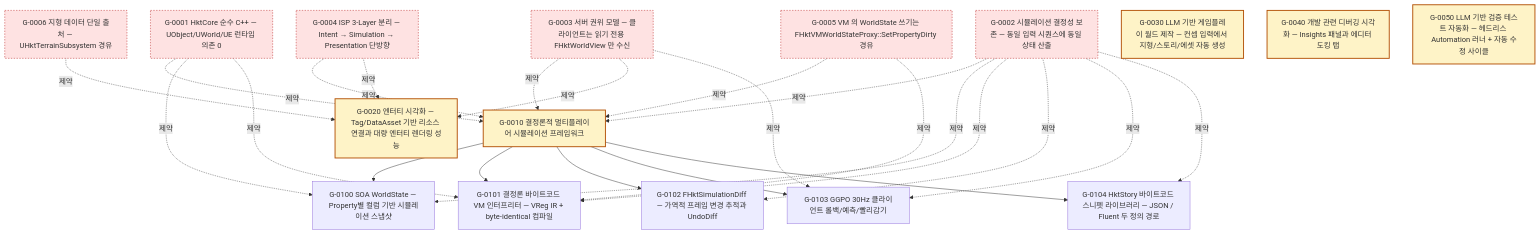
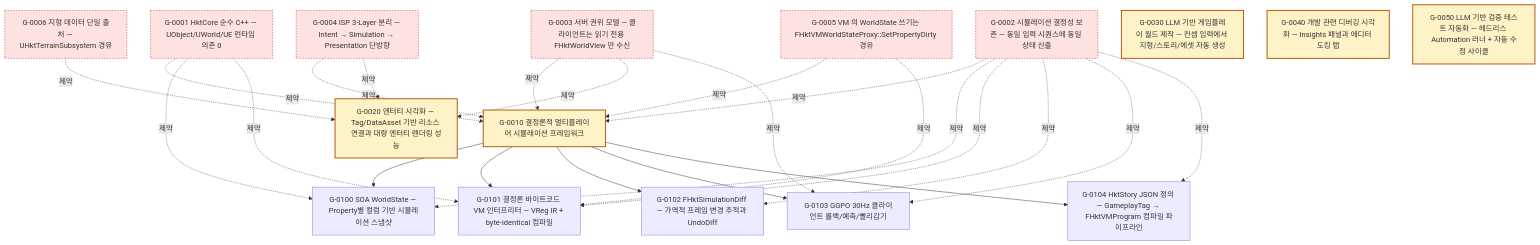
One commit to dkwkekzz/HktFramework changed the diagram in Docs/goals/graph.mmd. Above: the diagram before and after it, drawn with Mermaid. The commit also changed 3 other files, not shown here.

```diff
--- a/Docs/goals/graph.mmd
+++ b/Docs/goals/graph.mmd
@@ -1,42 +1,42 @@
-%% 자동 생성 — 직접 수정 금지. Last generated: 2026-05-06T05:43:20+00:00
+%% 자동 생성 — 직접 수정 금지. Last generated: 2026-05-06T06:36:47+00:00
 graph TD
   G0001["G-0001 HktCore 순수 C++ — UObject/UWorld/UE 런타임 의존 0"]:::constraint
   G0002["G-0002 시뮬레이션 결정성 보존 — 동일 입력 시퀀스에 동일 상태 산출"]:::constraint
   G0003["G-0003 서버 권위 모델 — 클라이언트는 읽기 전용 FHktWorldView 만 수신"]:::constraint
   G0004["G-0004 ISP 3-Layer 분리 — Intent → Simulation → Presentation 단방향"]:::constraint
   G0005["G-0005 VM 의 WorldState 쓰기는 FHktVMWorldStateProxy::SetPropertyDirty 경유"]:::constraint
   G0006["G-0006 지형 데이터 단일 출처 — UHktTerrainSubsystem 경유"]:::constraint
   G0010["G-0010 결정론적 멀티플레이어 시뮬레이션 프레임워크"]:::pillar
   G0020["G-0020 엔터티 시각화 — Tag/DataAsset 기반 리소스 연결과 대량 엔터티 렌더링 성능"]:::pillar
   G0030["G-0030 LLM 기반 게임플레이 월드 제작 — 컨셉 입력에서 지형/스토리/에셋 자동 생성"]:::pillar
   G0040["G-0040 개발 관련 디버깅 시각화 — Insights 패널과 에디터 도킹 탭"]:::pillar
   G0050["G-0050 LLM 기반 검증 테스트 자동화 — 헤드리스 Automation 러너 + 자동 수정 사이클"]:::pillar
   G0100["G-0100 SOA WorldState — Property별 컬럼 기반 시뮬레이션 스냅샷"]
   G0101["G-0101 결정론 바이트코드 VM 인터프리터 — VReg IR + byte-identical 컴파일"]
   G0102["G-0102 FHktSimulationDiff — 가역적 프레임 변경 추적과 UndoDiff"]
   G0103["G-0103 GGPO 30Hz 클라이언트 롤백/예측/빨리감기"]
-  G0104["G-0104 HktStory 바이트코드 스니펫 라이브러리 — JSON / Fluent 두 정의 경로"]
+  G0104["G-0104 HktStory JSON 정의 — GameplayTag → FHktVMProgram 컴파일 파이프라인"]
   G0010 --> G0100
   G0010 --> G0101
   G0010 --> G0102
   G0010 --> G0103
   G0010 --> G0104
   G0001 -. 제약 .-> G0010
   G0002 -. 제약 .-> G0010
   G0003 -. 제약 .-> G0010
   G0004 -. 제약 .-> G0010
   G0005 -. 제약 .-> G0010
   G0003 -. 제약 .-> G0020
   G0004 -. 제약 .-> G0020
   G0006 -. 제약 .-> G0020
   G0001 -. 제약 .-> G0100
   G0002 -. 제약 .-> G0100
   G0001 -. 제약 .-> G0101
   G0002 -. 제약 .-> G0101
   G0005 -. 제약 .-> G0101
   G0002 -. 제약 .-> G0102
   G0002 -. 제약 .-> G0103
   G0003 -. 제약 .-> G0103
   G0002 -. 제약 .-> G0104
   classDef pillar fill:#fef3c7,stroke:#b45309,stroke-width:2px;
   classDef constraint fill:#fee2e2,stroke:#b91c1c,stroke-width:1px,stroke-dasharray: 3 3;
```
